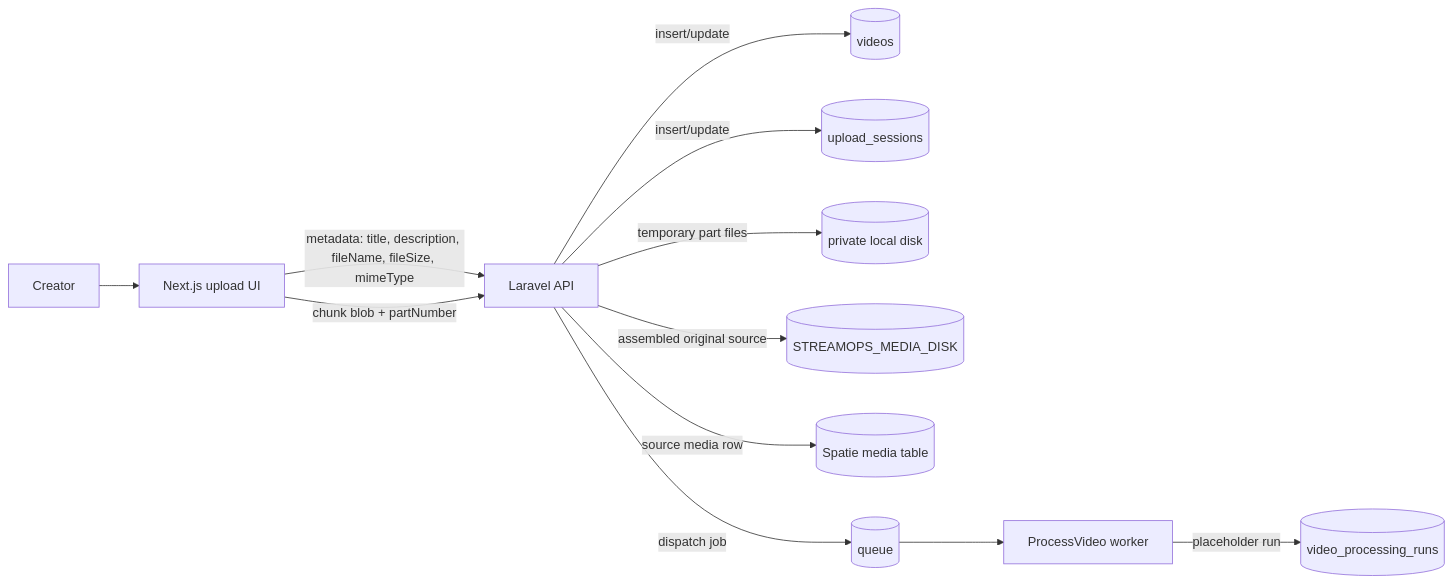
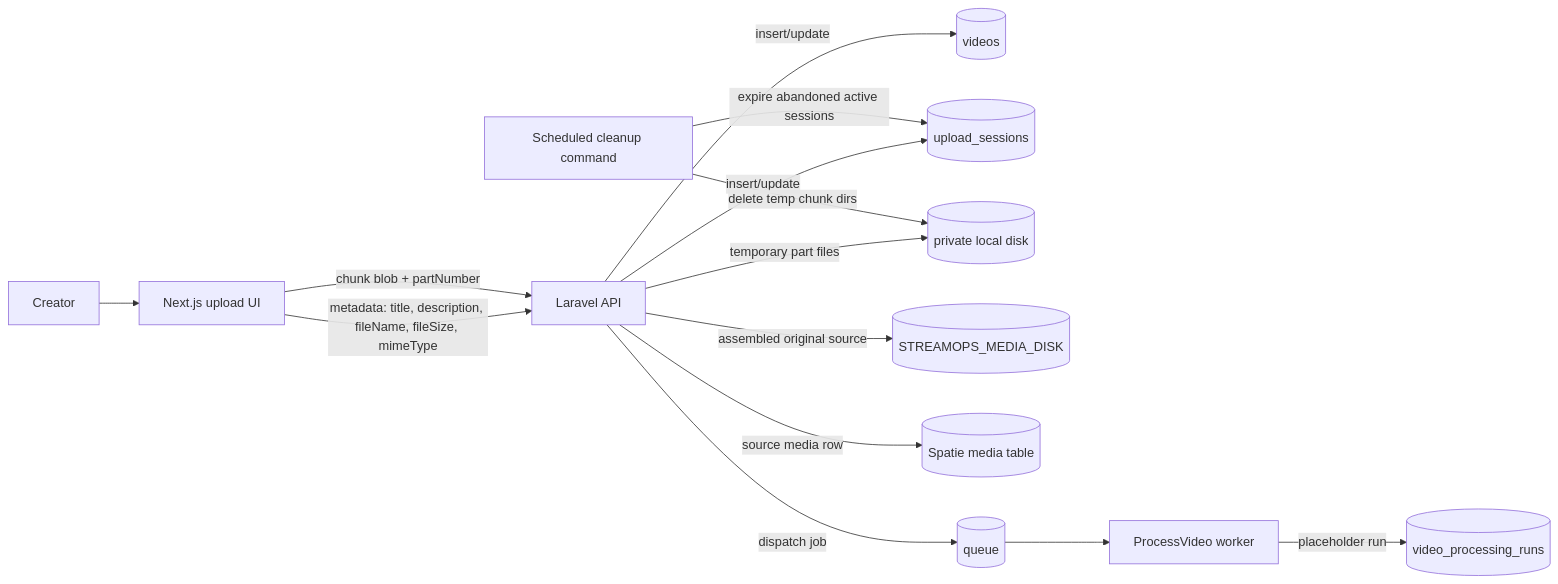
One commit to Tshabalala-Thabo/stream-ops changed the third of 3 diagrams in UPLOAD_VIDEO_DATAFLOW.md. Above: the diagram before and after it, drawn with Mermaid. The commit also changed other lines of this file and 11 other files, not shown here.

````diff
--- a/UPLOAD_VIDEO_DATAFLOW.md
+++ b/UPLOAD_VIDEO_DATAFLOW.md
@@ -536,14 +582,16 @@
 ```mermaid
 flowchart LR
     U["Creator"] --> W["Next.js upload UI"]
     W -->|"metadata: title, description, fileName, fileSize, mimeType"| A["Laravel API"]
     A -->|"insert/update"| V[("videos")]
     A -->|"insert/update"| S[("upload_sessions")]
     W -->|"chunk blob + partNumber"| A
     A -->|"temporary part files"| T[("private local disk")]
     A -->|"assembled original source"| M[("STREAMOPS_MEDIA_DISK")]
     A -->|"source media row"| ML[("Spatie media table")]
     A -->|"dispatch job"| Q[("queue")]
     Q --> P["ProcessVideo worker"]
     P -->|"placeholder run"| R[("video_processing_runs")]
+    C["Scheduled cleanup command"] -->|"expire abandoned active sessions"| S
+    C -->|"delete temp chunk dirs"| T
 ```
````
